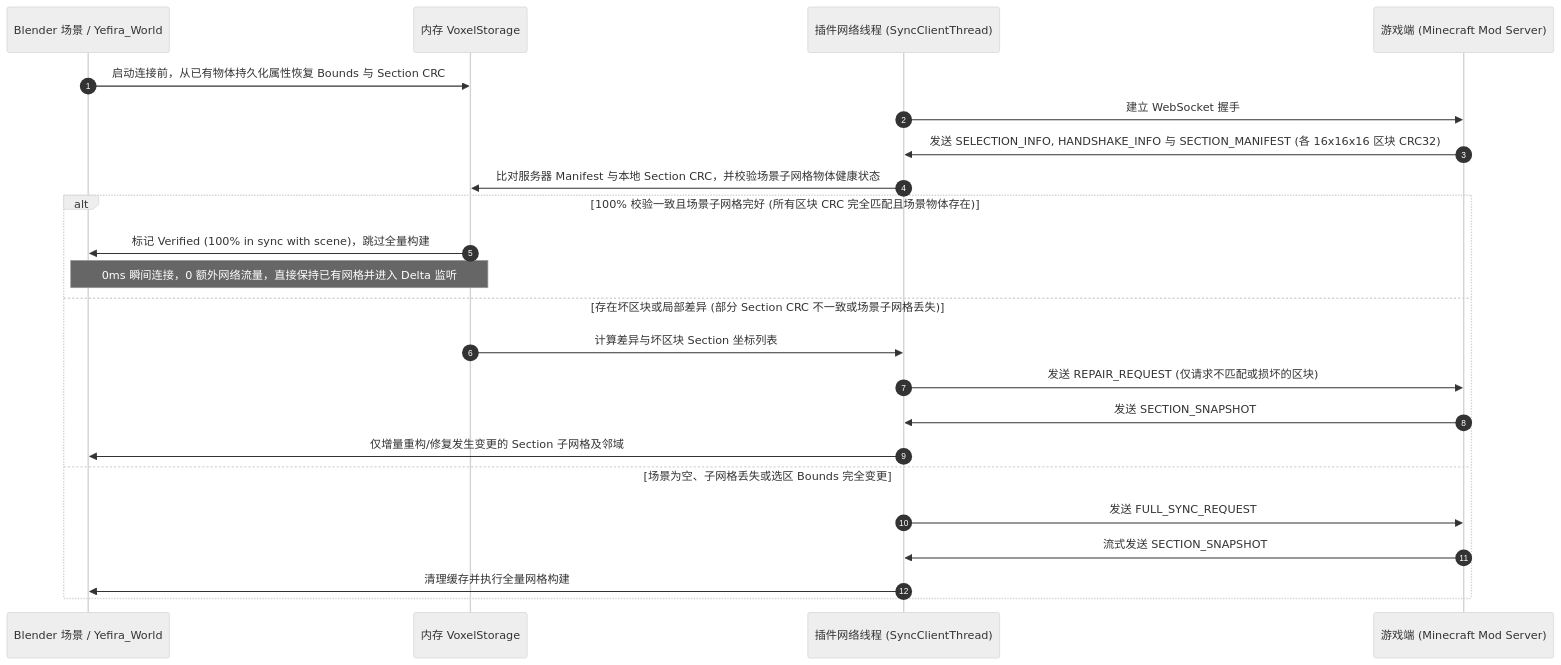
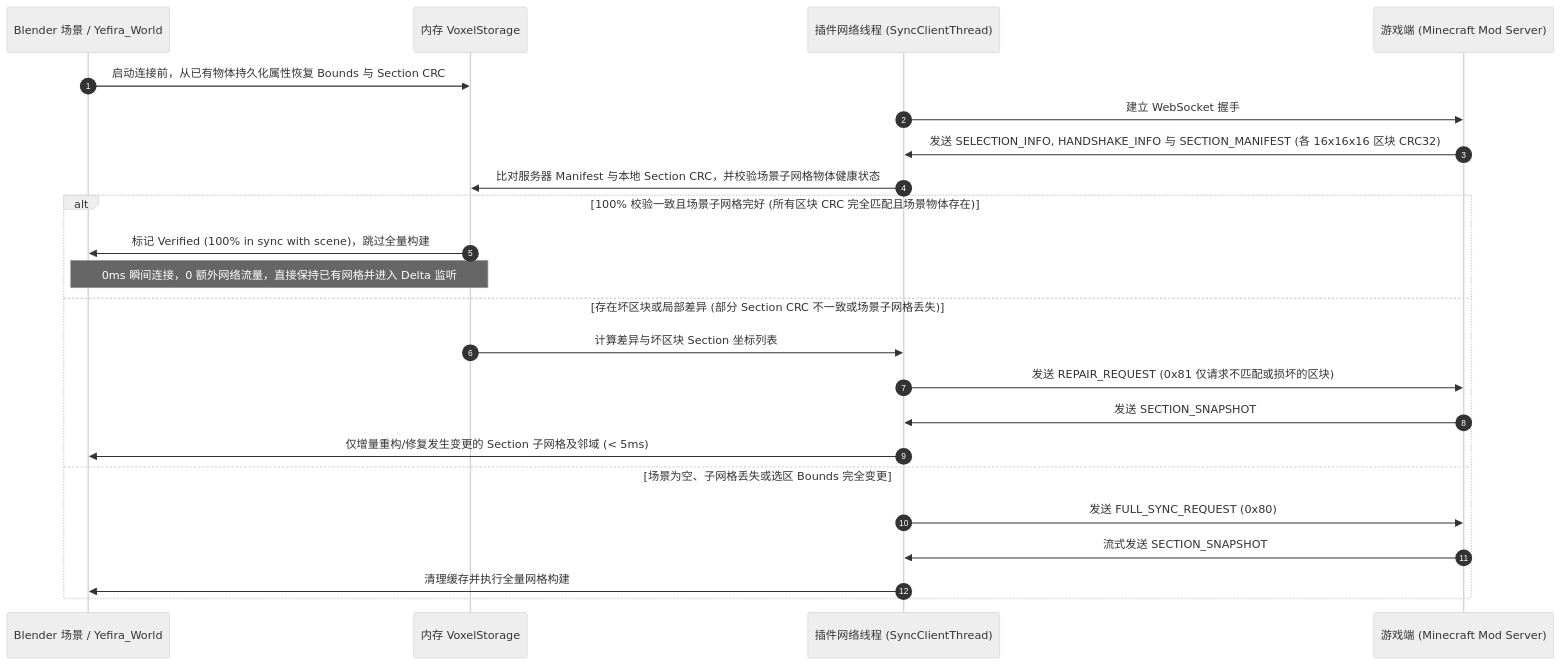
One commit to mozi1924/MoziToolKit changed the first of 2 diagrams in docs/live_sync/live_sync_architecture.md. Above: the diagram before and after it, drawn with Mermaid (neutral theme). The commit also changed other lines of this file and 5 other files, not shown here.

````diff
--- a/docs/live_sync/live_sync_architecture.md
+++ b/docs/live_sync/live_sync_architecture.md
@@ -32,27 +45,27 @@
 ```mermaid
 sequenceDiagram
     autonumber
     participant Scene as Blender 场景 / Yefira_World
     participant Storage as 内存 VoxelStorage
     participant Client as 插件网络线程 (SyncClientThread)
     participant Server as 游戏端 (Minecraft Mod Server)
 
     Scene->>Storage: 启动连接前，从已有物体持久化属性恢复 Bounds 与 Section CRC
     Client->>Server: 建立 WebSocket 握手
     Server->>Client: 发送 SELECTION_INFO, HANDSHAKE_INFO 与 SECTION_MANIFEST (各 16x16x16 区块 CRC32)
     Client->>Storage: 比对服务器 Manifest 与本地 Section CRC，并校验场景子网格物体健康状态
     
     alt 100% 校验一致且场景子网格完好 (所有区块 CRC 完全匹配且场景物体存在)
         Storage->>Scene: 标记 Verified (100% in sync with scene)，跳过全量构建
         Note over Scene,Storage: 0ms 瞬间连接，0 额外网络流量，直接保持已有网格并进入 Delta 监听
     else 存在坏区块或局部差异 (部分 Section CRC 不一致或场景子网格丢失)
         Storage->>Client: 计算差异与坏区块 Section 坐标列表
-        Client->>Server: 发送 REPAIR_REQUEST (仅请求不匹配或损坏的区块)
+        Client->>Server: 发送 REPAIR_REQUEST (0x81 仅请求不匹配或损坏的区块)
         Server->>Client: 发送 SECTION_SNAPSHOT
-        Client->>Scene: 仅增量重构/修复发生变更的 Section 子网格及邻域
+        Client->>Scene: 仅增量重构/修复发生变更的 Section 子网格及邻域 (< 5ms)
     else 场景为空、子网格丢失或选区 Bounds 完全变更
-        Client->>Server: 发送 FULL_SYNC_REQUEST
+        Client->>Server: 发送 FULL_SYNC_REQUEST (0x80)
         Server->>Client: 流式发送 SECTION_SNAPSHOT
         Client->>Scene: 清理缓存并执行全量网格构建
     end
 ```
````
